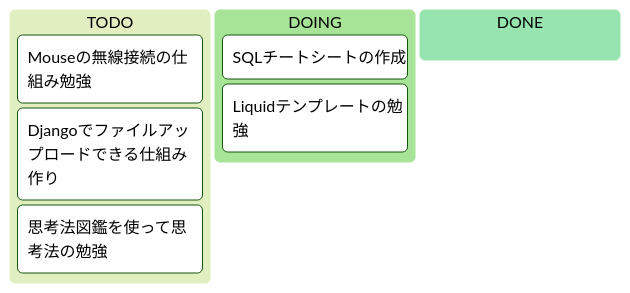
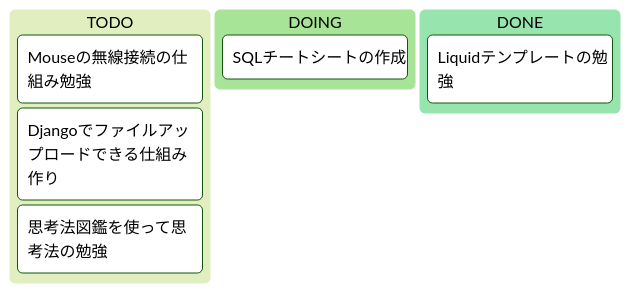
Before and after one commit to ddiddws2/ddiddws2.github.io: the diagram in _posts/2025-10-05-taskboard.md, drawn with Mermaid. The commit also changed other lines of this file and 5 other files, not shown here.

````diff
--- a/_posts/2025-10-05-taskboard.md
+++ b/_posts/2025-10-05-taskboard.md
@@ -14,12 +14,12 @@
 ```mermaid
 %%{init: {'theme':'forest'}}%%
 kanban
   column1[TODO]
     task2[Mouseの無線接続の仕組み勉強]
     task3[Djangoでファイルアップロードできる仕組み作り]
     task4[思考法図鑑を使って思考法の勉強]
   column2[DOING]
     task1[SQLチートシートの作成]
+  column3[DONE]
     task4[Liquidテンプレートの勉強]
-  column3[DONE]
 ```
````
